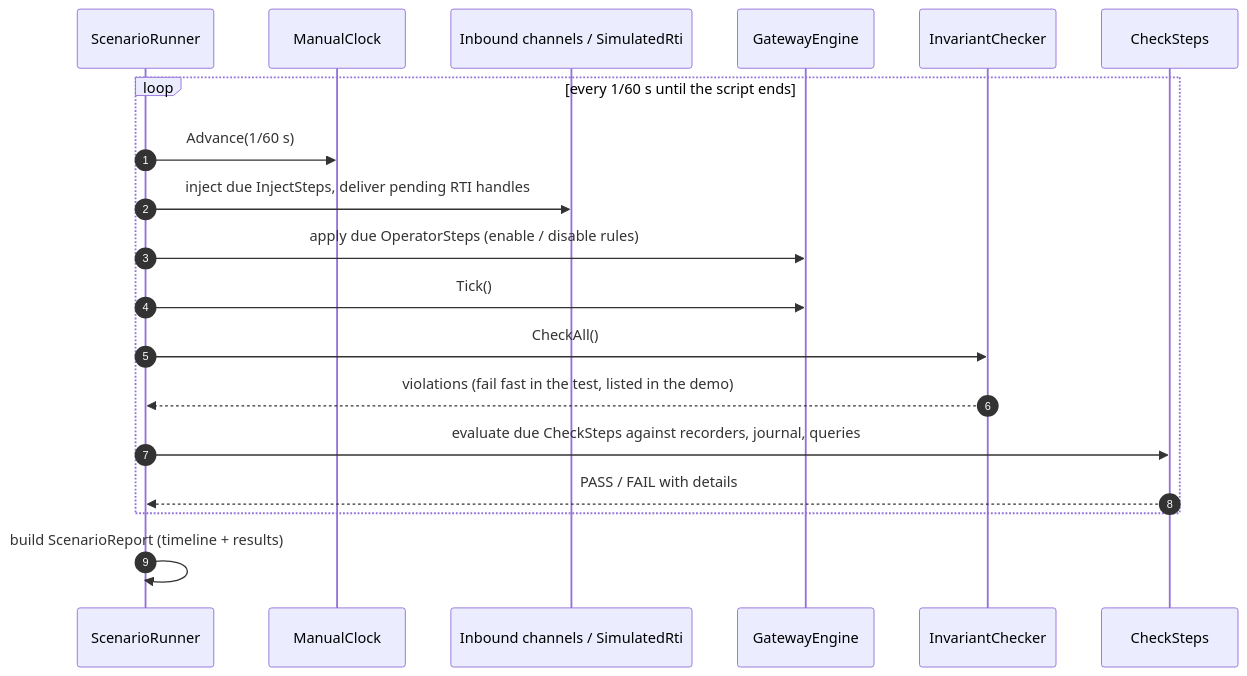
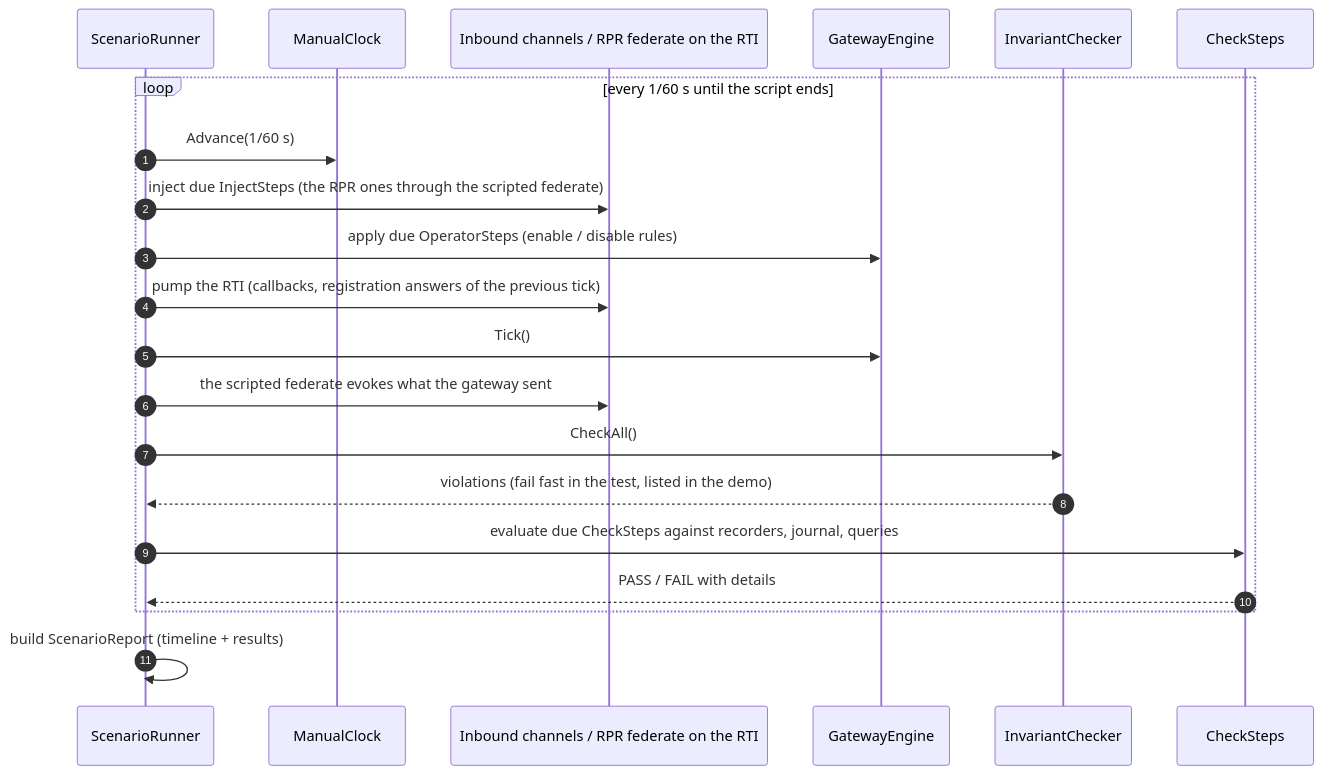
The fourth of 5 diagrams in docs/design/DD-002-Showcase-Scenario.md (pjanec/SimNetGateway), drawn with Mermaid before and after one commit. The commit also changed other lines of this file and 51 other files, not shown here.

````diff
--- a/docs/design/DD-002-Showcase-Scenario.md
+++ b/docs/design/DD-002-Showcase-Scenario.md
@@ -411,22 +415,24 @@
 ```mermaid
 sequenceDiagram
     autonumber
     participant Run as ScenarioRunner
     participant Clk as ManualClock
-    participant Sides as Inbound channels / SimulatedRti
+    participant Sides as Inbound channels / RPR federate on the RTI
     participant Eng as GatewayEngine
     participant Inv as InvariantChecker
     participant Chk as CheckSteps
 
     loop every 1/60 s until the script ends
         Run->>Clk: Advance(1/60 s)
-        Run->>Sides: inject due InjectSteps, deliver pending RTI handles
+        Run->>Sides: inject due InjectSteps (the RPR ones through the scripted federate)
         Run->>Eng: apply due OperatorSteps (enable / disable rules)
+        Run->>Sides: pump the RTI (callbacks, registration answers of the previous tick)
         Run->>Eng: Tick()
+        Run->>Sides: the scripted federate evokes what the gateway sent
         Run->>Inv: CheckAll()
         Inv-->>Run: violations (fail fast in the test, listed in the demo)
         Run->>Chk: evaluate due CheckSteps against recorders, journal, queries
         Chk-->>Run: PASS / FAIL with details
     end
     Run->>Run: build ScenarioReport (timeline + results)
 ```
````
